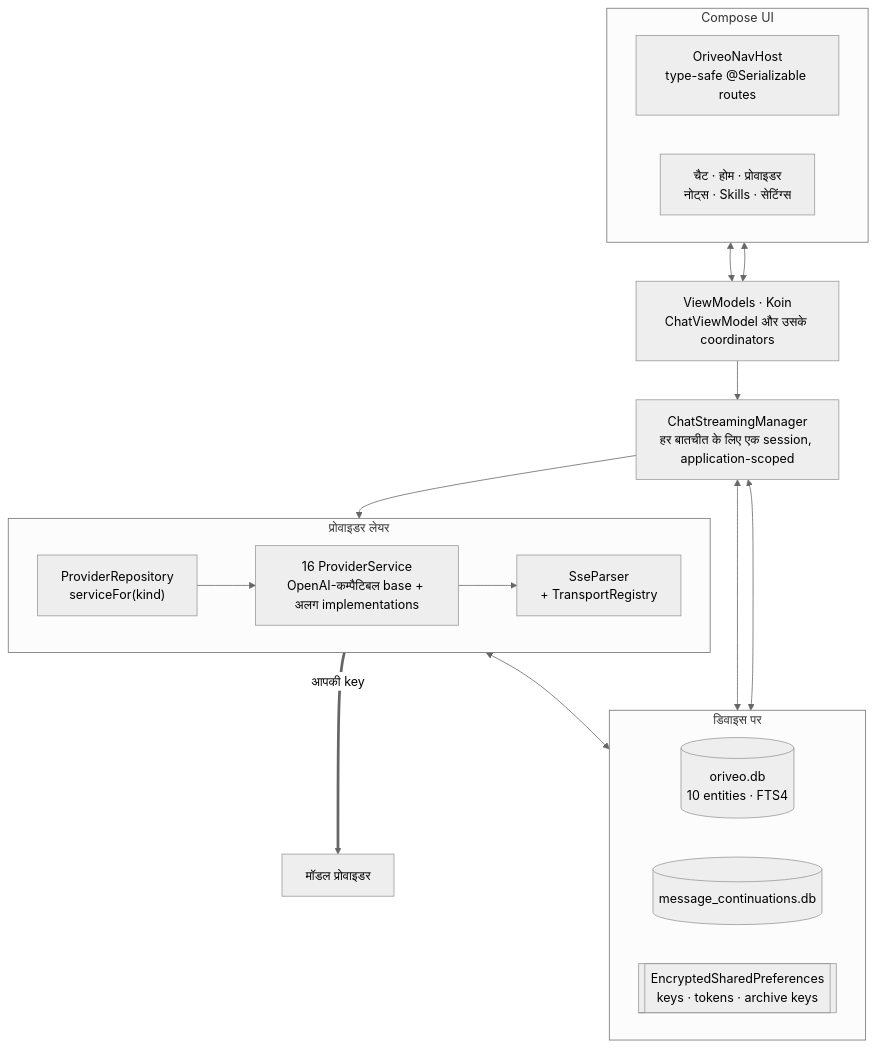
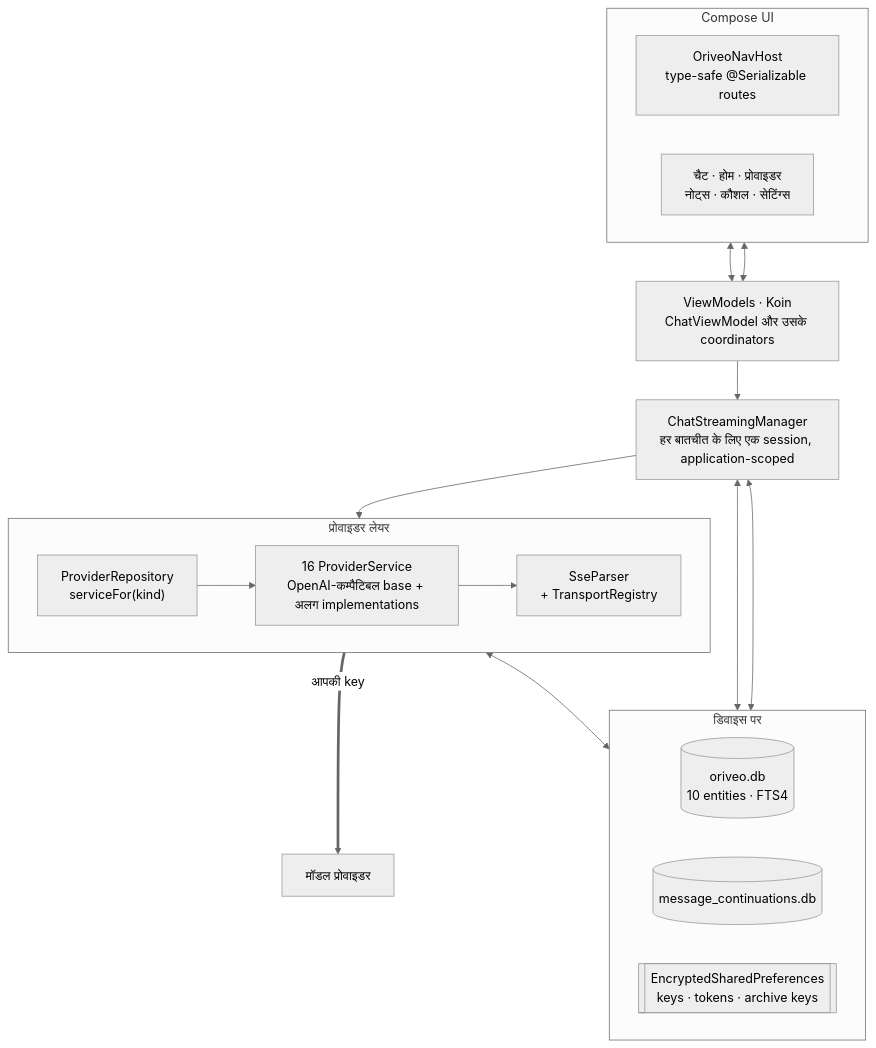
Before and after one commit to oriveo/oriveo: the diagram in readme_i18n/hi/android.md, drawn with Mermaid (neutral theme). The commit also changed other lines of this file and 89 other files, not shown here.

````diff
--- a/readme_i18n/hi/android.md
+++ b/readme_i18n/hi/android.md
@@ -47,34 +47,34 @@
 ```mermaid
 flowchart TB
     subgraph ui ["Compose UI"]
         direction LR
         nav["OriveoNavHost<br/>type-safe @Serializable routes"]
-        screens["चैट · होम · प्रोवाइडर<br/>नोट्स · Skills · सेटिंग्स"]
+        screens["चैट · होम · प्रोवाइडर<br/>नोट्स · कौशल · सेटिंग्स"]
     end
 
     vms["ViewModels · Koin<br/>ChatViewModel और उसके coordinators"]
 
     streaming["ChatStreamingManager<br/>हर बातचीत के लिए एक session, application-scoped"]
 
     subgraph data ["डिवाइस पर"]
         direction LR
         room[("oriveo.db<br/>10 entities · FTS4")]
         cont[("message_continuations.db")]
         keys[["EncryptedSharedPreferences<br/>keys · tokens · archive keys"]]
     end
 
     subgraph net ["प्रोवाइडर लेयर"]
         direction LR
         repo["ProviderRepository<br/>serviceFor(kind)"]
         svc["16 ProviderService<br/>OpenAI-कम्पैटिबल base + अलग implementations"]
         sse["SseParser<br/>+ TransportRegistry"]
     end
 
     nav & screens <--> vms
     vms --> streaming
     streaming --> repo
     repo --> svc --> sse
     streaming <--> room & cont
     svc <--> keys
     sse ==>|"आपकी key"| up["मॉडल प्रोवाइडर"]
 ```
````
